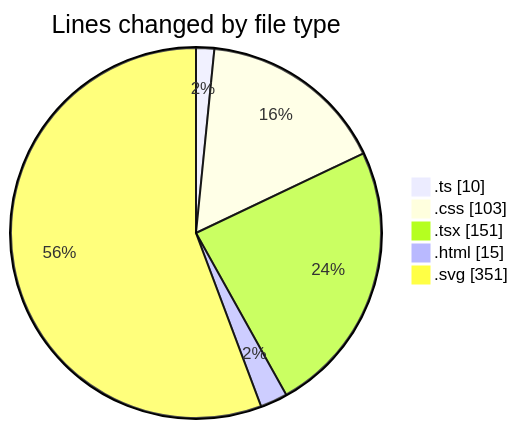
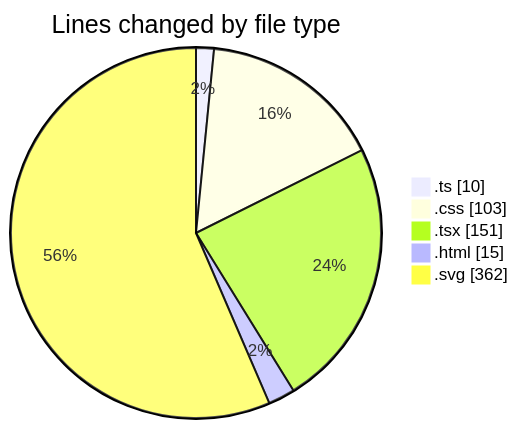
The first of 2 diagrams in 2025-07-31/tw-server/README.md (EIIisD/code-tracking), drawn with Mermaid before and after one commit. The commit also changed other lines of this file and 1 other file, not shown here.

````diff
--- a/2025-07-31/tw-server/README.md
+++ b/2025-07-31/tw-server/README.md
@@ -27,9 +27,9 @@
 ```mermaid
 pie showData
 title Lines changed by file type
 ".ts" : 10
 ".css" : 103
 ".tsx" : 151
 ".html" : 15
-".svg" : 351
+".svg" : 362
 ```
````
